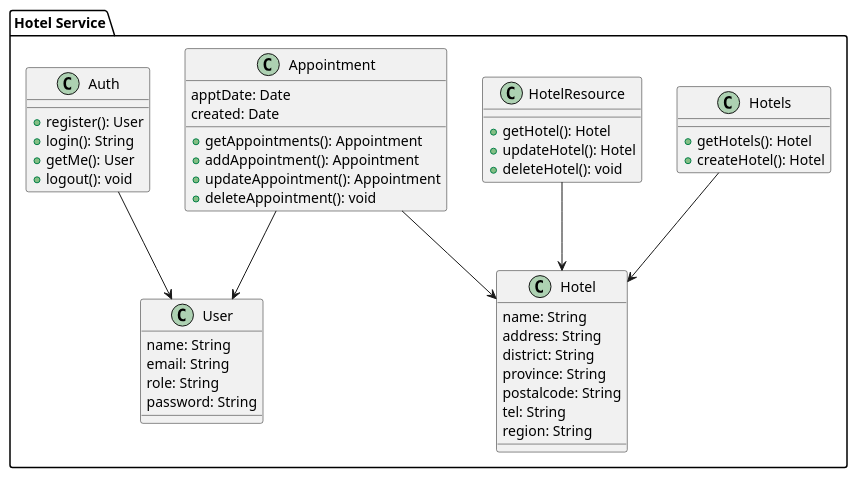
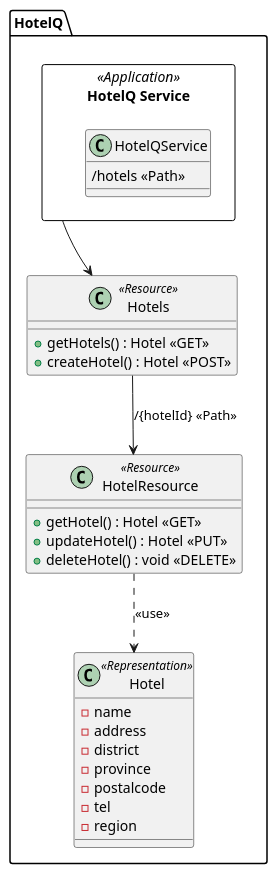
The diagram in plant-uml/ีumlProfile.puml (Ayaiko/be_project), drawn with PlantUML before and after one commit. The commit also changed 2 other files, not shown here.

```diff
--- a/plant-uml/ีumlProfile.puml
+++ b/plant-uml/ีumlProfile.puml
@@ -1,55 +1,37 @@
 @startuml
-package "Hotel Service" {
+skinparam rectangle {
+    BackgroundColor White
+    BorderColor Black
+}
 
-    class Hotel {
-        name: String
-        address: String
-        district: String
-        province: String
-        postalcode: String
-        tel: String
-        region: String
+package HotelQ {
+    rectangle "HotelQ Service" <<Application>> as HotelQService {
+        HotelQService : /hotels <<Path>>
     }
 
-    class Hotels {
-        + getHotels(): Hotel
-        + createHotel(): Hotel
+    class Hotels <<Resource>> {
+        + getHotels() : Hotel <<GET>>
+        + createHotel() : Hotel <<POST>>
     }
 
-    class HotelResource {
-        + getHotel(): Hotel
-        + updateHotel(): Hotel
-        + deleteHotel(): void
+    class HotelResource <<Resource>> {
+        + getHotel() : Hotel <<GET>>
+        + updateHotel() : Hotel <<PUT>>
+        + deleteHotel() : void <<DELETE>>
     }
 
-    class Appointment {
-        apptDate: Date
-        created: Date
-        
-        + getAppointments(): Appointment
-        + addAppointment(): Appointment
-        + updateAppointment(): Appointment
-        + deleteAppointment(): void
+    class Hotel <<Representation>> {
+        - name
+        - address
+        - district
+        - province
+        - postalcode
+        - tel
+        - region
     }
 
-    class User {
-        name: String
-        email: String
-        role: String
-        password: String
-    }
-
-    class Auth {
-        + register(): User
-        + login(): String
-        + getMe(): User
-        + logout(): void
-    }
-
-    Hotels --> Hotel
-    HotelResource --> Hotel
-    Appointment --> Hotel
-    Appointment --> User
-    Auth --> User
+    HotelQService --> Hotels
+    Hotels --> HotelResource : "/{hotelId} <<Path>>"
+    HotelResource ..> Hotel : "<<use>>"
 }
 @enduml
```
